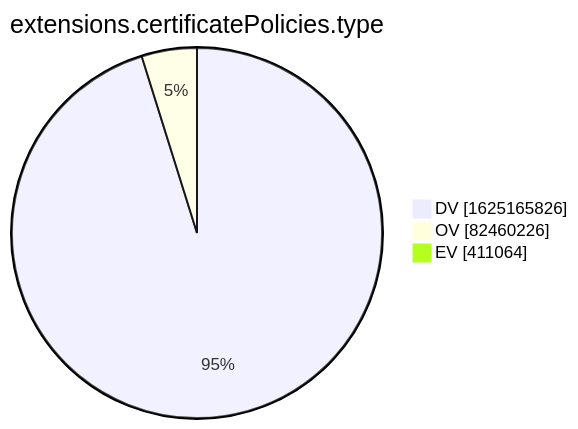
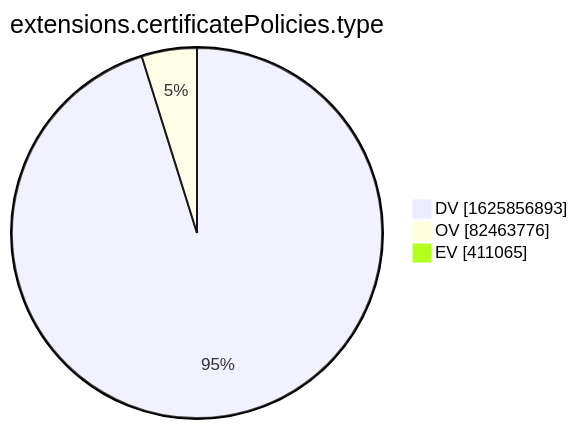
Before and after one commit to christiankrug/ctmonitor_visualization: the tenth of 15 diagrams in xenon2022/README.md, drawn with Mermaid. The commit also changed other lines of this file, not shown here.

````diff
--- a/xenon2022/README.md
+++ b/xenon2022/README.md
@@ -2878,7 +2878,7 @@
 ```mermaid
 pie showData
 title extensions.certificatePolicies.type
-"DV" :1625165826
-"OV" :82460226
-"EV" :411064
+"DV" :1625856893
+"OV" :82463776
+"EV" :411065
 ```
````
